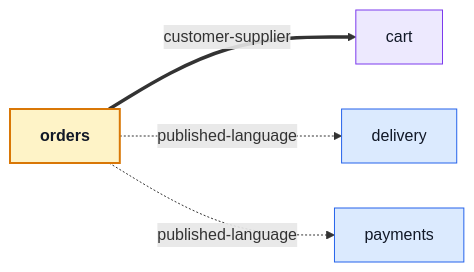
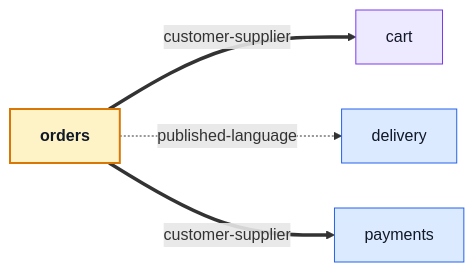
The first of 3 diagrams in docs/modules/orders.md (Guebbit/boilerplate-vue-frontend), drawn with Mermaid before and after one commit. The commit also changed other lines of this file and 18 other files, not shown here.

````diff
--- a/docs/modules/orders.md
+++ b/docs/modules/orders.md
@@ -24,15 +24,15 @@
 ```mermaid
 %%{init: {'flowchart': {'nodeSpacing': 45, 'rankSpacing': 75}}}%%
 flowchart LR
     orders["<b>orders</b>"] ==>|"customer-supplier"| cart["cart"]
     orders["<b>orders</b>"] -.->|"published-language"| delivery["delivery"]
-    orders["<b>orders</b>"] -.->|"published-language"| payments["payments"]
+    orders["<b>orders</b>"] ==>|"customer-supplier"| payments["payments"]
 
     classDef core fill:#ede9fe,stroke:#7c3aed,color:#111827;
     classDef supporting fill:#dbeafe,stroke:#2563eb,color:#111827;
     classDef generic fill:#ccfbf1,stroke:#0f766e,color:#111827;
     classDef self fill:#fef3c7,stroke:#d97706,color:#111827,stroke-width:2px;
     class cart core;
     class delivery,payments supporting;
     class orders self;
 ```
````
